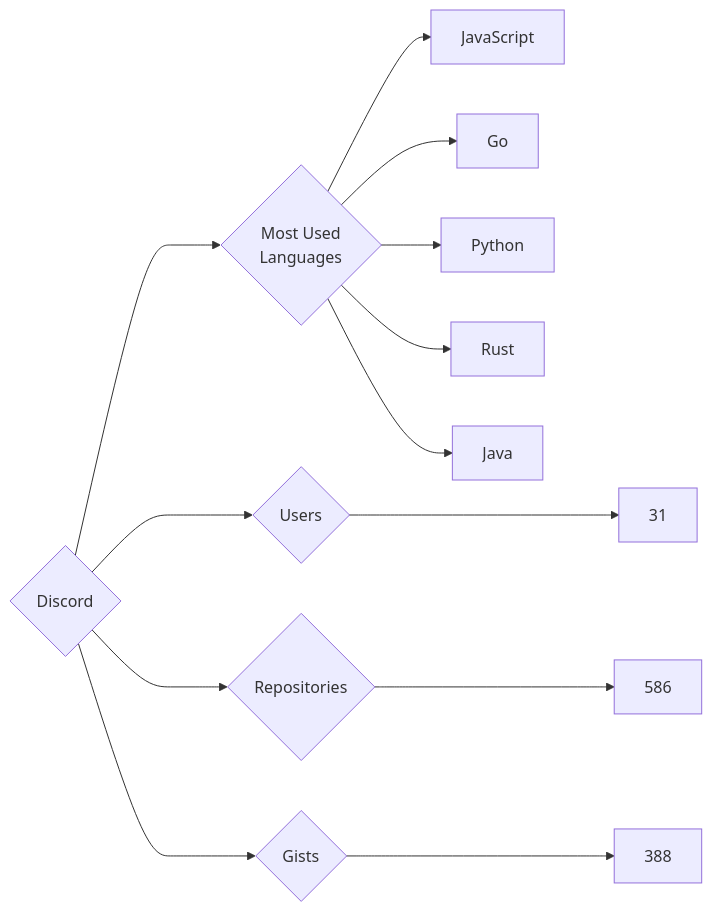
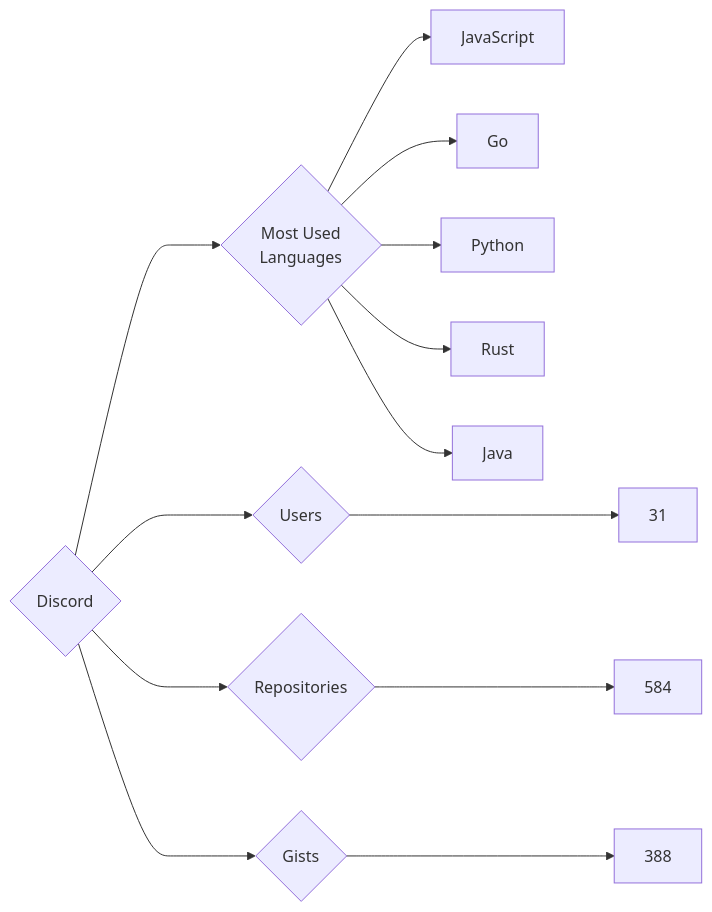
One commit to trickest/insiders changed the diagram in targets/Discord/README.md. Above: the diagram before and after it, drawn with Mermaid. The commit also changed 629 other files, not shown here.

````diff
--- a/targets/Discord/README.md
+++ b/targets/Discord/README.md
@@ -3,13 +3,13 @@
 ```mermaid
 graph LR
 COMPANY_NAME{Discord}
 COMPANY_NAME ---> U{Users} ---> UN[31]
-COMPANY_NAME ---> R{Repositories} ---> RN[586]
+COMPANY_NAME ---> R{Repositories} ---> RN[584]
 COMPANY_NAME ---> G{Gists} ---> GN[388]
 COMPANY_NAME ---> ML{Most Used<br>Languages}
 ML --> JavaScript[JavaScript]
 ML --> Go[Go]
 ML --> Python[Python]
 ML --> Rust[Rust]
 ML --> Java[Java]
 ```
````
